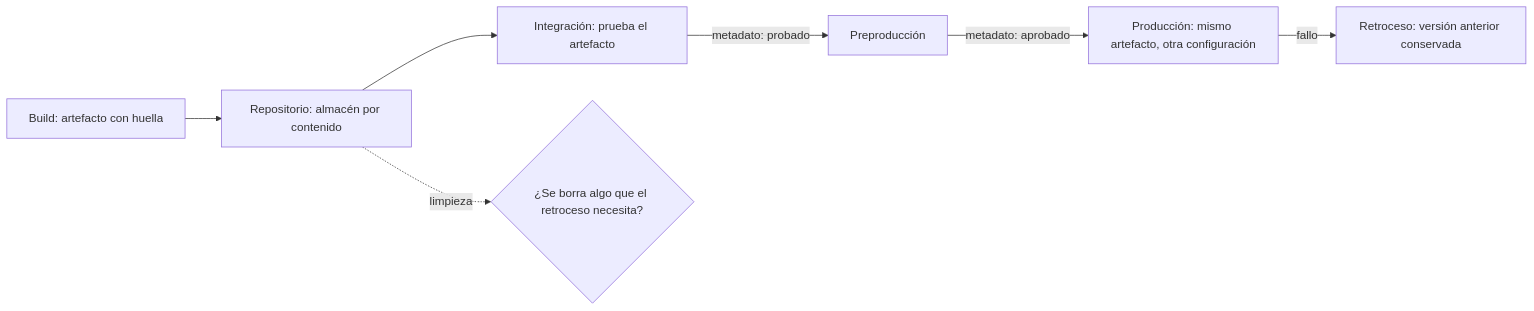
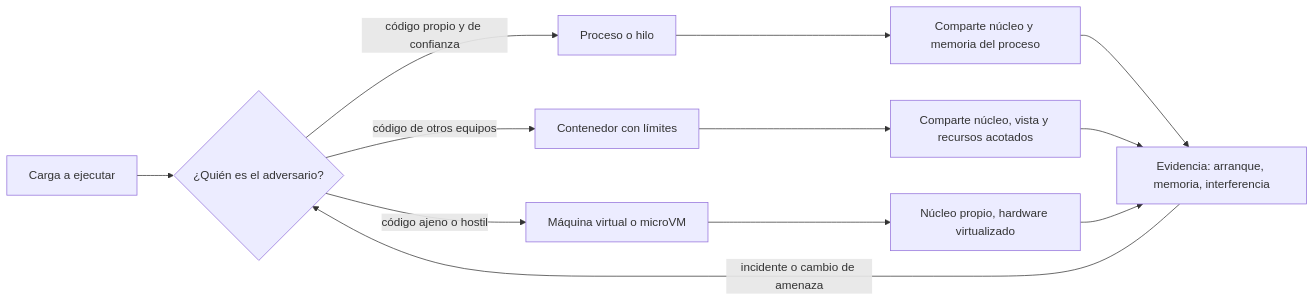
One commit to vladimiracunadev-create/modern-software-engineering-program changed the diagram in content/part-33/SE-398.md. Above: the diagram before and after it, drawn with Mermaid. The commit also changed other lines of this file and 5193 other files, not shown here.

````diff
--- a/content/part-33/SE-398.md
+++ b/content/part-33/SE-398.md
@@ -57,9 +54,14 @@
 ```mermaid
 flowchart LR
-    A[Build: artefacto con huella] --> B[Repositorio: almacén por contenido]
-    B --> C[Integración: prueba el artefacto]
-    C -->|metadato: probado| D[Preproducción]
-    D -->|metadato: aprobado| E[Producción: mismo artefacto, otra configuración]
-    E -->|fallo| F[Retroceso: versión anterior conservada]
-    B -.->|limpieza| G{¿Se borra algo que el retroceso necesita?}
+    A[Carga a ejecutar] --> B{¿Quién es el adversario?}
+    B -->|código propio y de confianza| C[Proceso o hilo]
+    B -->|código de otros equipos| D[Contenedor con límites]
+    B -->|código ajeno o hostil| E[Máquina virtual o microVM]
+    C --> F[Comparte núcleo y memoria del proceso]
+    D --> G[Comparte núcleo, vista y recursos acotados]
+    E --> H[Núcleo propio, hardware virtualizado]
+    F --> I[Evidencia: arranque, memoria, interferencia]
+    G --> I
+    H --> I
+    I -->|incidente o cambio de amenaza| B
 ```
````
